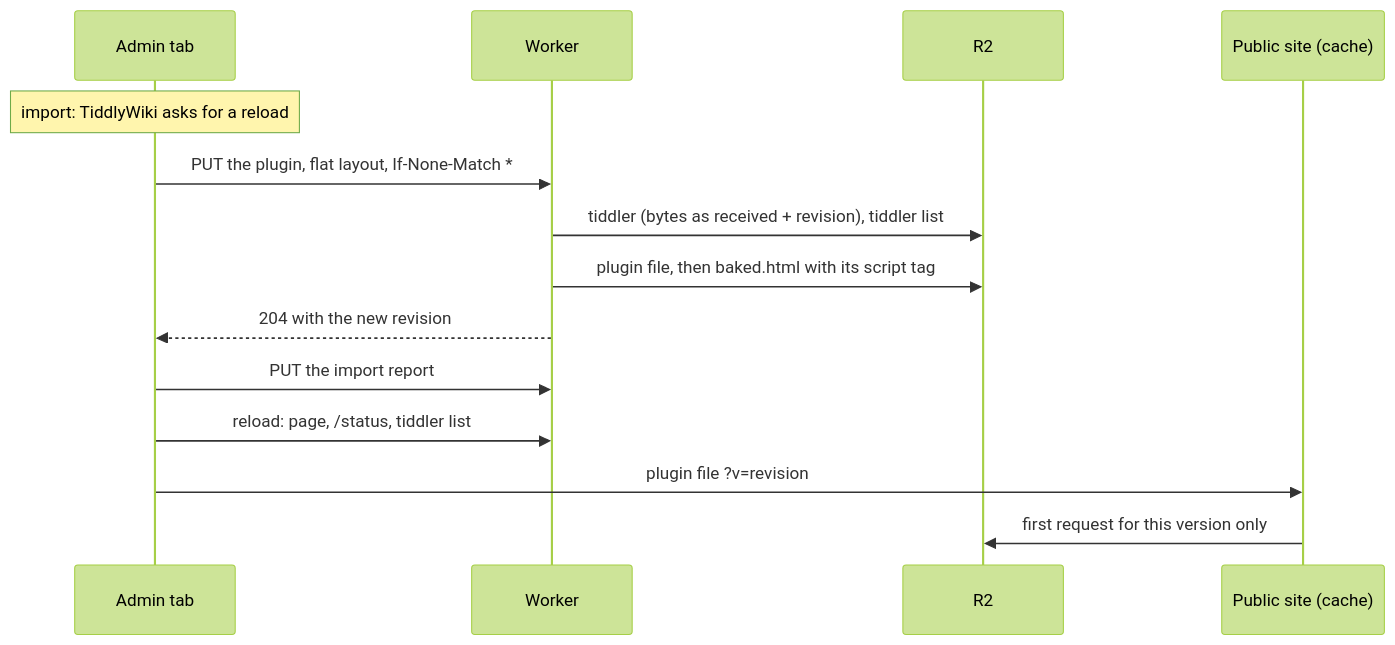
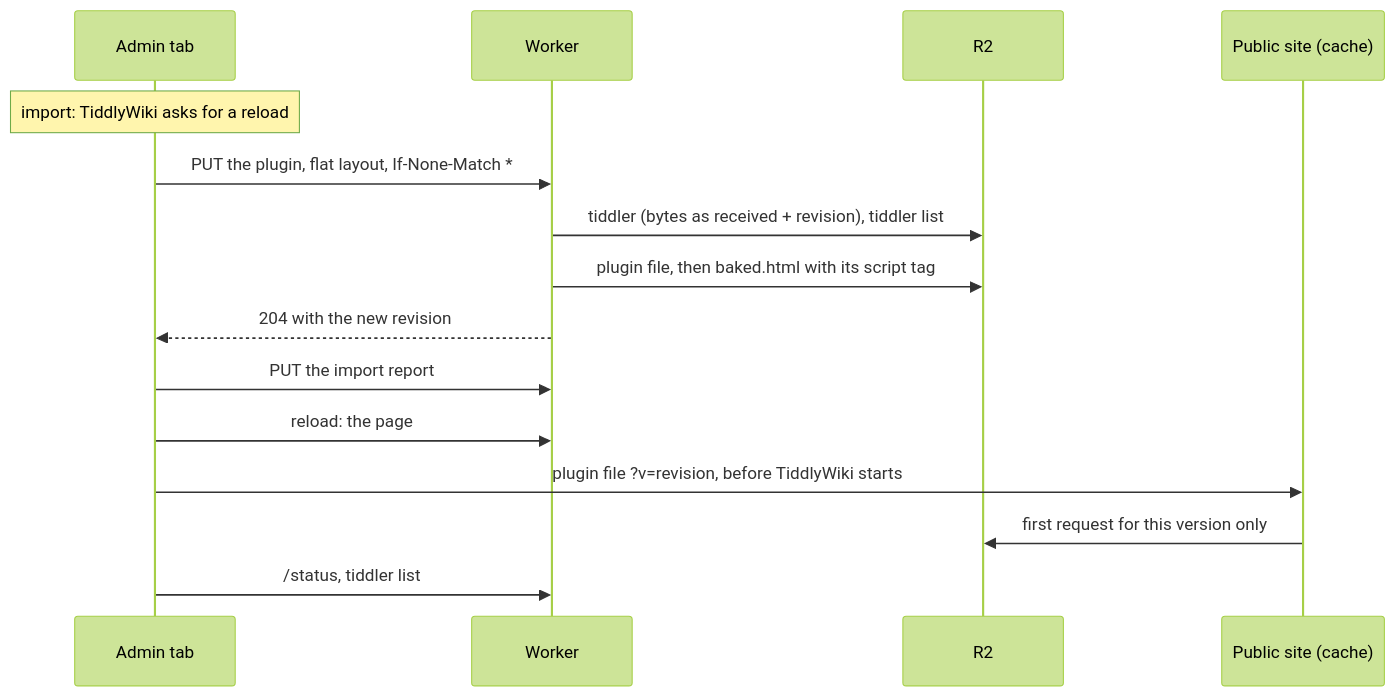
One commit to DesignThinkerer/tiddlywiki-cloudflare changed the diagram in docs/external-plugins.md. Above: the diagram before and after it, drawn with Mermaid (forest theme). The commit also changed other lines of this file and 6 other files, not shown here.

````diff
--- a/docs/external-plugins.md
+++ b/docs/external-plugins.md
@@ -61,16 +63,17 @@
 ```mermaid
 sequenceDiagram
   participant B as Admin tab
   participant W as Worker
   participant R as R2
   participant P as Public site (cache)
   Note over B: import: TiddlyWiki asks for a reload
   B->>W: PUT the plugin, flat layout, If-None-Match *
   W->>R: tiddler (bytes as received + revision), tiddler list
   W->>R: plugin file, then baked.html with its script tag
   W-->>B: 204 with the new revision
   B->>W: PUT the import report
-  B->>W: reload: page, /status, tiddler list
-  B->>P: plugin file ?v=revision
+  B->>W: reload: the page
+  B->>P: plugin file ?v=revision, before TiddlyWiki starts
   P->>R: first request for this version only
+  B->>W: /status, tiddler list
 ```
````
